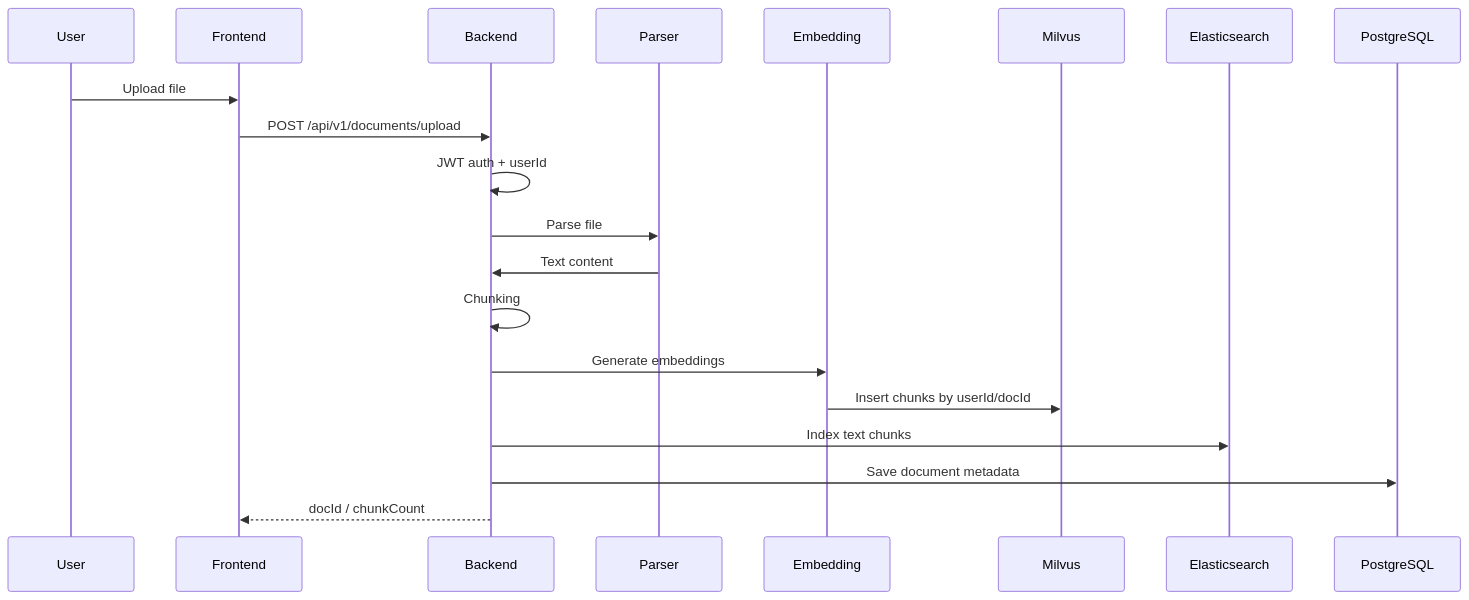
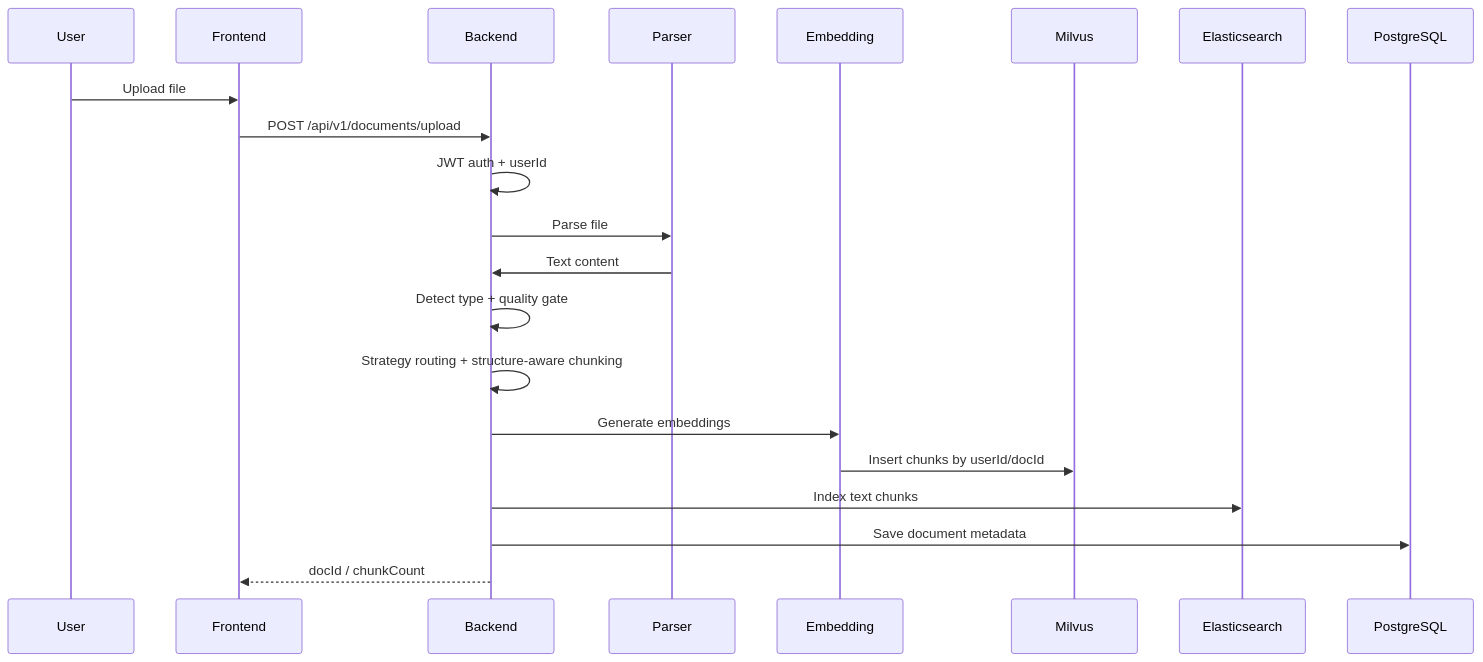
One commit to monstereatai/RAG changed the second of 3 diagrams in ARCHITECTURE.md. Above: the diagram before and after it, drawn with Mermaid. The commit also changed other lines of this file and 266 other files, not shown here.

````diff
--- a/ARCHITECTURE.md
+++ b/ARCHITECTURE.md
@@ -89,23 +89,24 @@
 ```mermaid
 sequenceDiagram
   participant U as User
   participant F as Frontend
   participant B as Backend
   participant P as Parser
   participant E as Embedding
   participant V as Milvus
   participant S as Elasticsearch
   participant D as PostgreSQL
 
   U->>F: Upload file
   F->>B: POST /api/v1/documents/upload
   B->>B: JWT auth + userId
   B->>P: Parse file
   P->>B: Text content
-  B->>B: Chunking
+  B->>B: Detect type + quality gate
+  B->>B: Strategy routing + structure-aware chunking
   B->>E: Generate embeddings
   E->>V: Insert chunks by userId/docId
   B->>S: Index text chunks
   B->>D: Save document metadata
   B-->>F: docId / chunkCount
 ```
````
